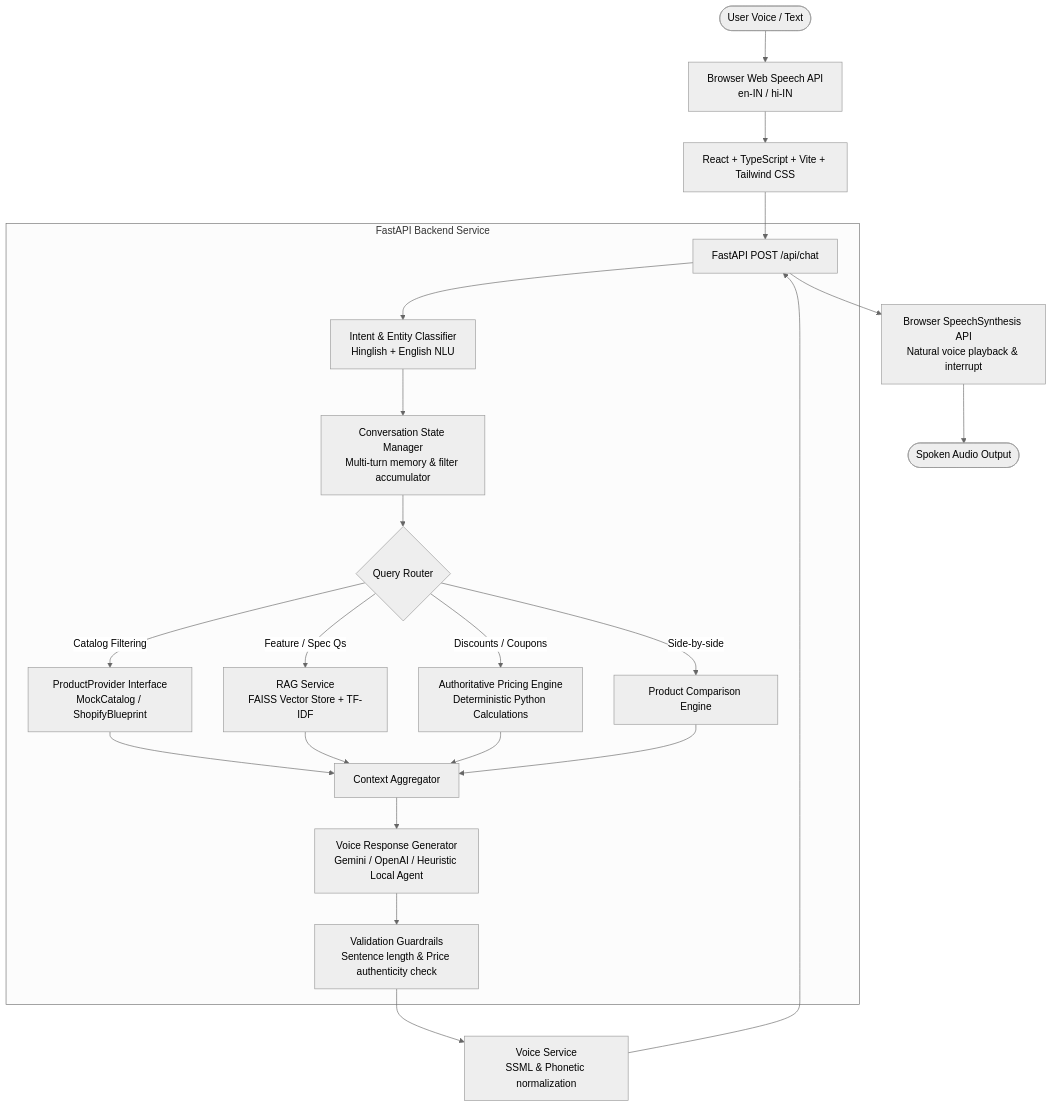
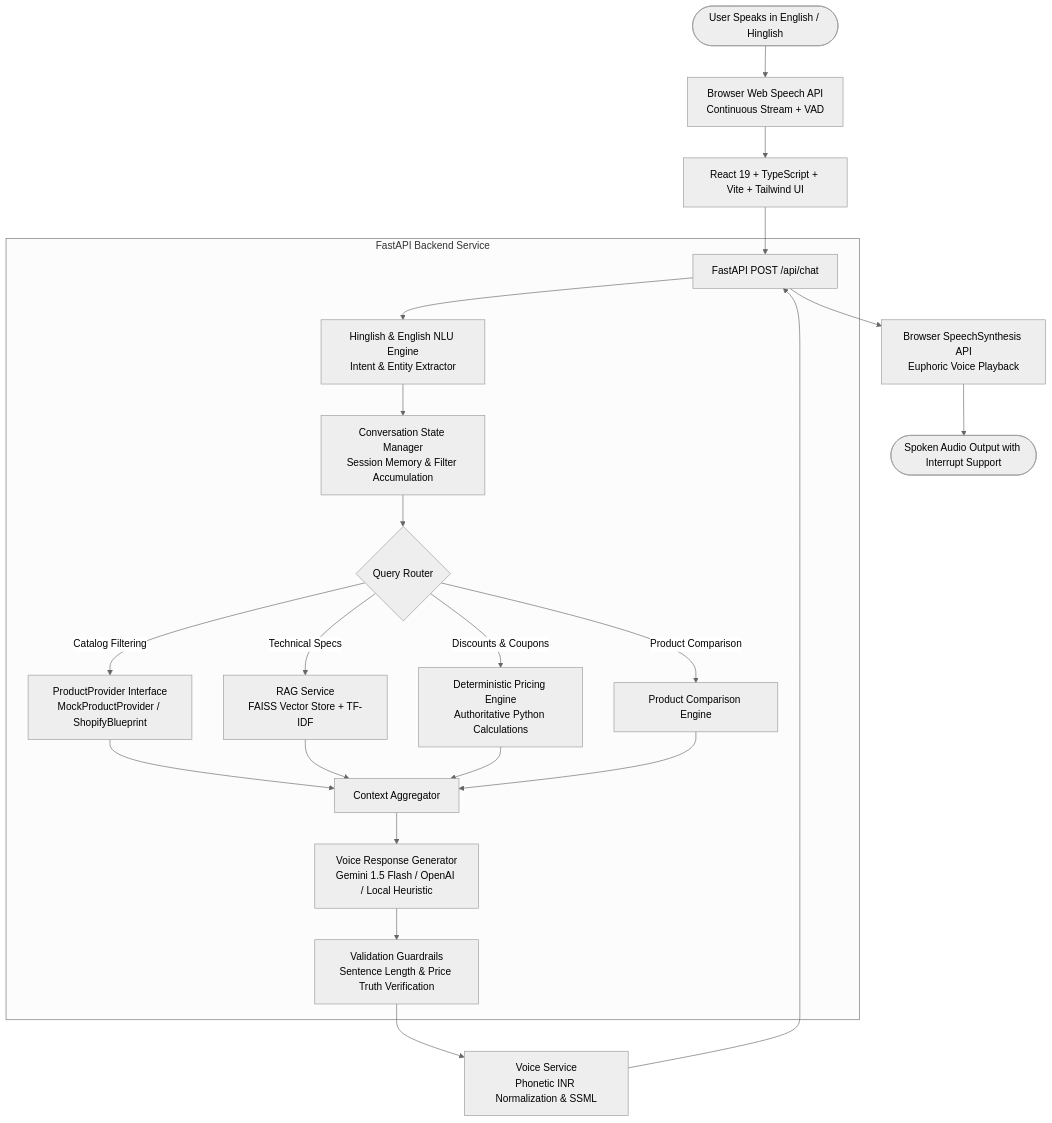
Before and after one commit to RahulK512005/vaanicard-ai-voice-agent: the diagram in README.md, drawn with Mermaid (neutral theme). The commit also changed other lines of this file, not shown here.

Commit message:
docs: update comprehensive README with architecture, voice pipeline, and deployment guide

````diff
--- a/README.md
+++ b/README.md
@@ -10,30 +47,30 @@
 ```mermaid
 flowchart TD
-    User([User Voice / Text]) --> STT[Browser Web Speech API<br/>en-IN / hi-IN]
-    STT --> Frontend[React + TypeScript + Vite + Tailwind CSS]
+    User([User Speaks in English / Hinglish]) --> STT[Browser Web Speech API<br/>Continuous Stream + VAD]
+    STT --> Frontend[React 19 + TypeScript + Vite + Tailwind UI]
     Frontend --> ChatAPI[FastAPI POST /api/chat]
 
     subgraph Backend [FastAPI Backend Service]
-        ChatAPI --> IntentNLU[Intent & Entity Classifier<br/>Hinglish + English NLU]
-        IntentNLU --> StateMgr[Conversation State Manager<br/>Multi-turn memory & filter accumulator]
+        ChatAPI --> IntentNLU[Hinglish & English NLU Engine<br/>Intent & Entity Extractor]
+        IntentNLU --> StateMgr[Conversation State Manager<br/>Session Memory & Filter Accumulation]
         
         StateMgr --> CatalogRouter{Query Router}
-        CatalogRouter -->|Catalog Filtering| Provider[ProductProvider Interface<br/>MockCatalog / ShopifyBlueprint]
-        CatalogRouter -->|Feature / Spec Qs| RAG[RAG Service<br/>FAISS Vector Store + TF-IDF]
-        CatalogRouter -->|Discounts / Coupons| PricingEngine[Authoritative Pricing Engine<br/>Deterministic Python Calculations]
-        CatalogRouter -->|Side-by-side| CompareEngine[Product Comparison Engine]
+        CatalogRouter -->|Catalog Filtering| Provider[ProductProvider Interface<br/>MockProductProvider / ShopifyBlueprint]
+        CatalogRouter -->|Technical Specs| RAG[RAG Service<br/>FAISS Vector Store + TF-IDF]
+        CatalogRouter -->|Discounts & Coupons| PricingEngine[Deterministic Pricing Engine<br/>Authoritative Python Calculations]
+        CatalogRouter -->|Product Comparison| CompareEngine[Product Comparison Engine]
 
         Provider --> ContextAgg[Context Aggregator]
         RAG --> ContextAgg
         PricingEngine --> ContextAgg
         CompareEngine --> ContextAgg
 
-        ContextAgg --> LLM[Voice Response Generator<br/>Gemini / OpenAI / Heuristic Local Agent]
-        LLM --> Guardrails[Validation Guardrails<br/>Sentence length & Price authenticity check]
+        ContextAgg --> LLM[Voice Response Generator<br/>Gemini 1.5 Flash / OpenAI / Local Heuristic]
+        LLM --> Guardrails[Validation Guardrails<br/>Sentence Length & Price Truth Verification]
     end
 
-    Guardrails --> VoiceFormatter[Voice Service<br/>SSML & Phonetic normalization]
+    Guardrails --> VoiceFormatter[Voice Service<br/>Phonetic INR Normalization & SSML]
     VoiceFormatter --> ChatAPI
-    ChatAPI --> TTS[Browser SpeechSynthesis API<br/>Natural voice playback & interrupt]
-    TTS --> UserAudio([Spoken Audio Output])
+    ChatAPI --> TTS[Browser SpeechSynthesis API<br/>Euphoric Voice Playback]
+    TTS --> UserAudio([Spoken Audio Output with Interrupt Support])
 ```
````
